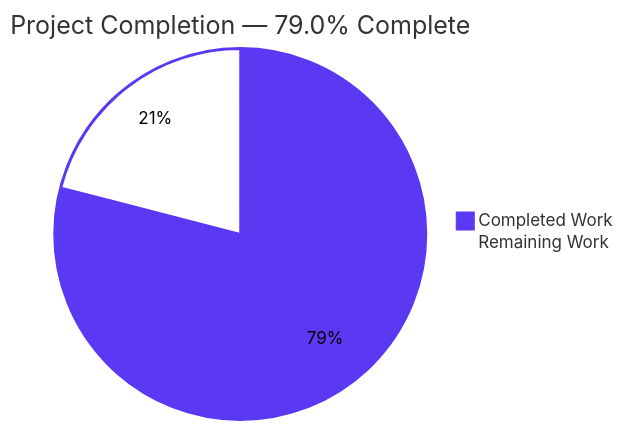
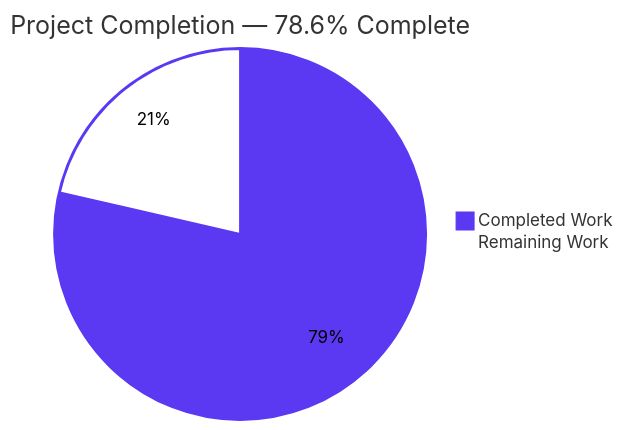
Before and after one commit to Tzadiko/monero: the first of 4 diagrams in blitzy/documentation/Project Guide.md, drawn with Mermaid. The commit also changed other lines of this file and 15 other files, not shown here.

````diff
--- a/blitzy/documentation/Project Guide.md
+++ b/blitzy/documentation/Project Guide.md
@@ -9,6 +9,6 @@
 ```mermaid
 %%{init: {"theme": "base", "themeVariables": {"pie1": "#5B39F3", "pie2": "#FFFFFF", "pieOpacity": "1", "pieStrokeColor": "#5B39F3", "pieOuterStrokeColor": "#5B39F3", "pieSectionTextColor": "#000000"}}}%%
-pie title Project Completion — 79.0% Complete
+pie title Project Completion — 78.6% Complete
     "Completed Work" : 147
-    "Remaining Work" : 39
+    "Remaining Work" : 40
 ```
````
